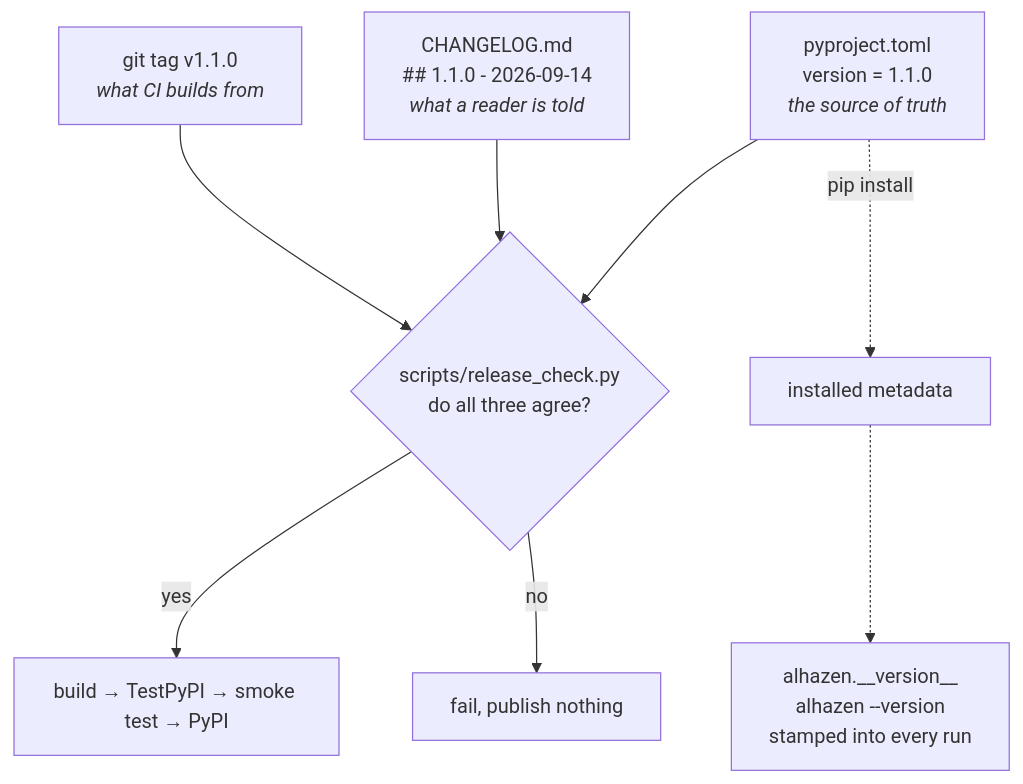
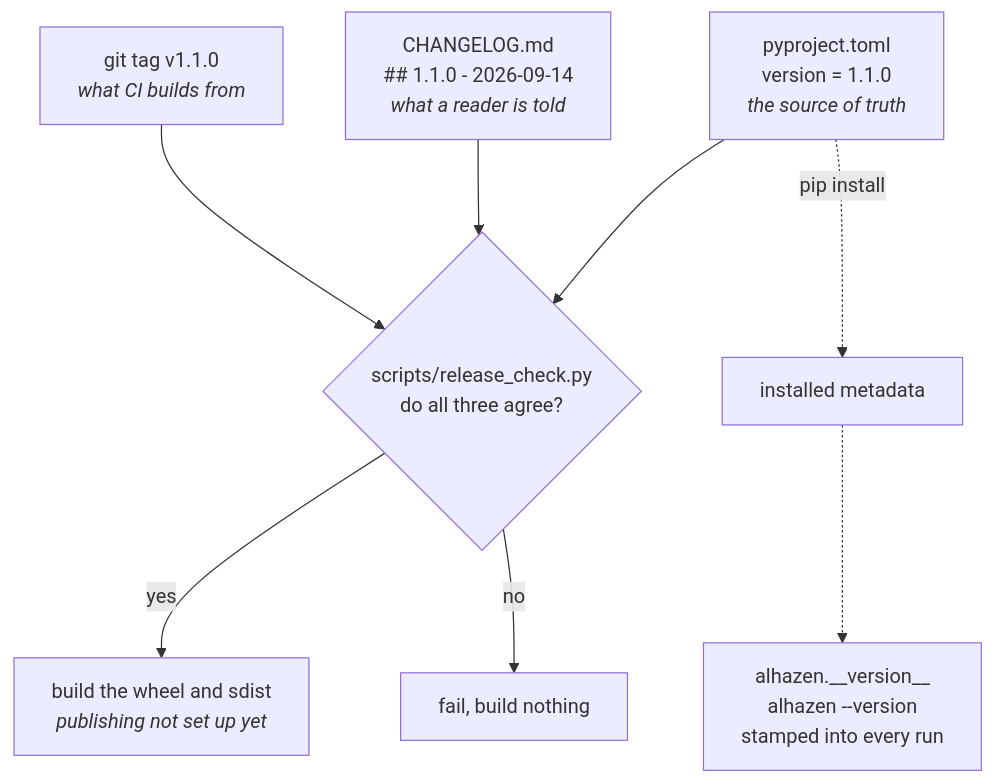
Before and after one commit to sh4r11f/alhazen: the first of 2 diagrams in docs/versioning.md, drawn with Mermaid. The commit also changed other lines of this file and 2 other files, not shown here.

First line of the commit message:
Stop trying to publish releases that cannot be published

````diff
--- a/docs/versioning.md
+++ b/docs/versioning.md
@@ -33,14 +33,14 @@
 ```mermaid
 graph TB
     PY["pyproject.toml<br/>version = 1.1.0<br/><i>the source of truth</i>"]
     CL["CHANGELOG.md<br/>## 1.1.0 - 2026-09-14<br/><i>what a reader is told</i>"]
     TAG["git tag v1.1.0<br/><i>what CI builds from</i>"]
     GATE{"scripts/release_check.py<br/>do all three agree?"}
     PY --> GATE
     CL --> GATE
     TAG --> GATE
-    GATE -->|"yes"| BUILD["build → TestPyPI → smoke test → PyPI"]
-    GATE -->|"no"| STOP["fail, publish nothing"]
+    GATE -->|"yes"| BUILD["build the wheel and sdist<br/><i>publishing not set up yet</i>"]
+    GATE -->|"no"| STOP["fail, build nothing"]
     PY -.->|"pip install"| META["installed metadata"]
     META -.-> RUN["alhazen.__version__<br/>alhazen --version<br/>stamped into every run"]
 ```
````
